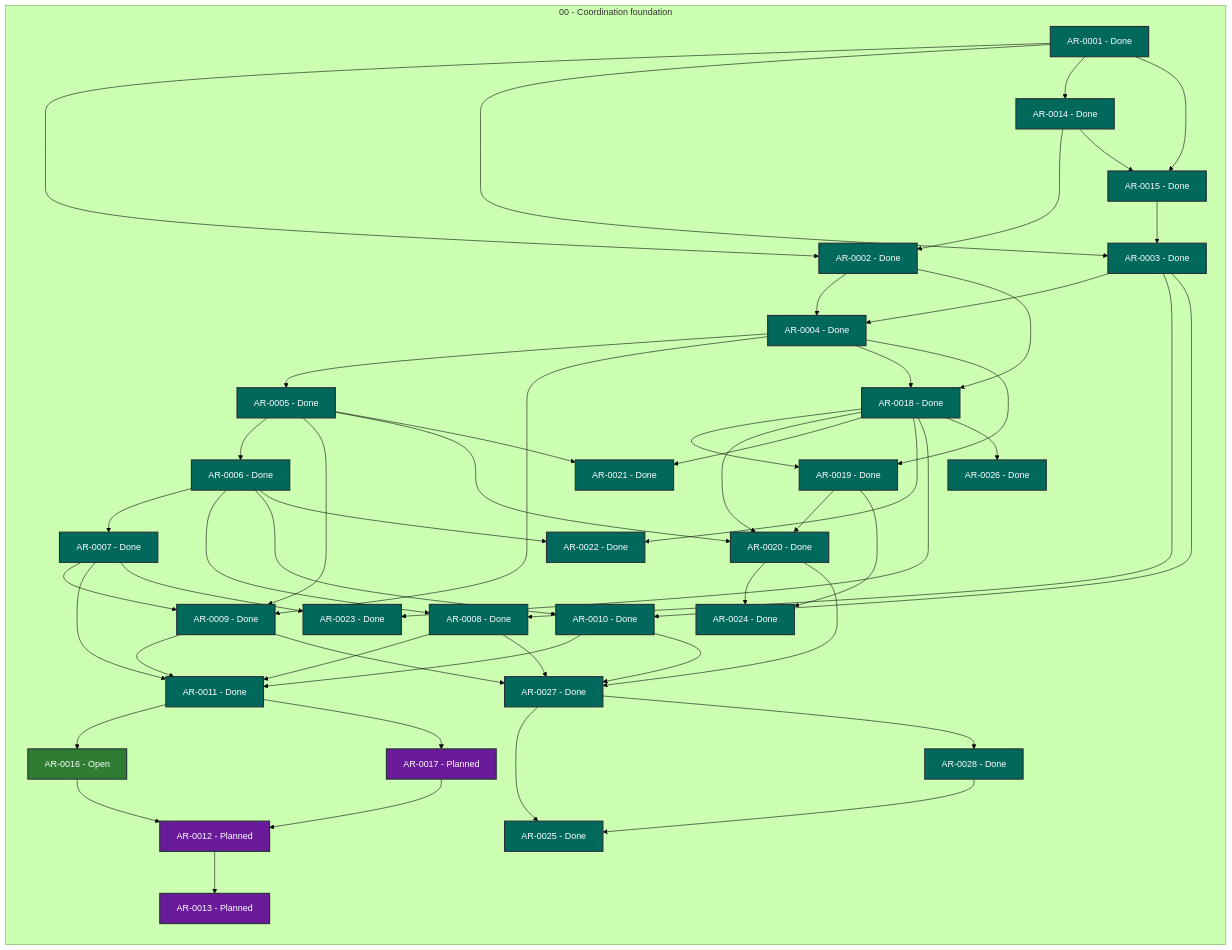
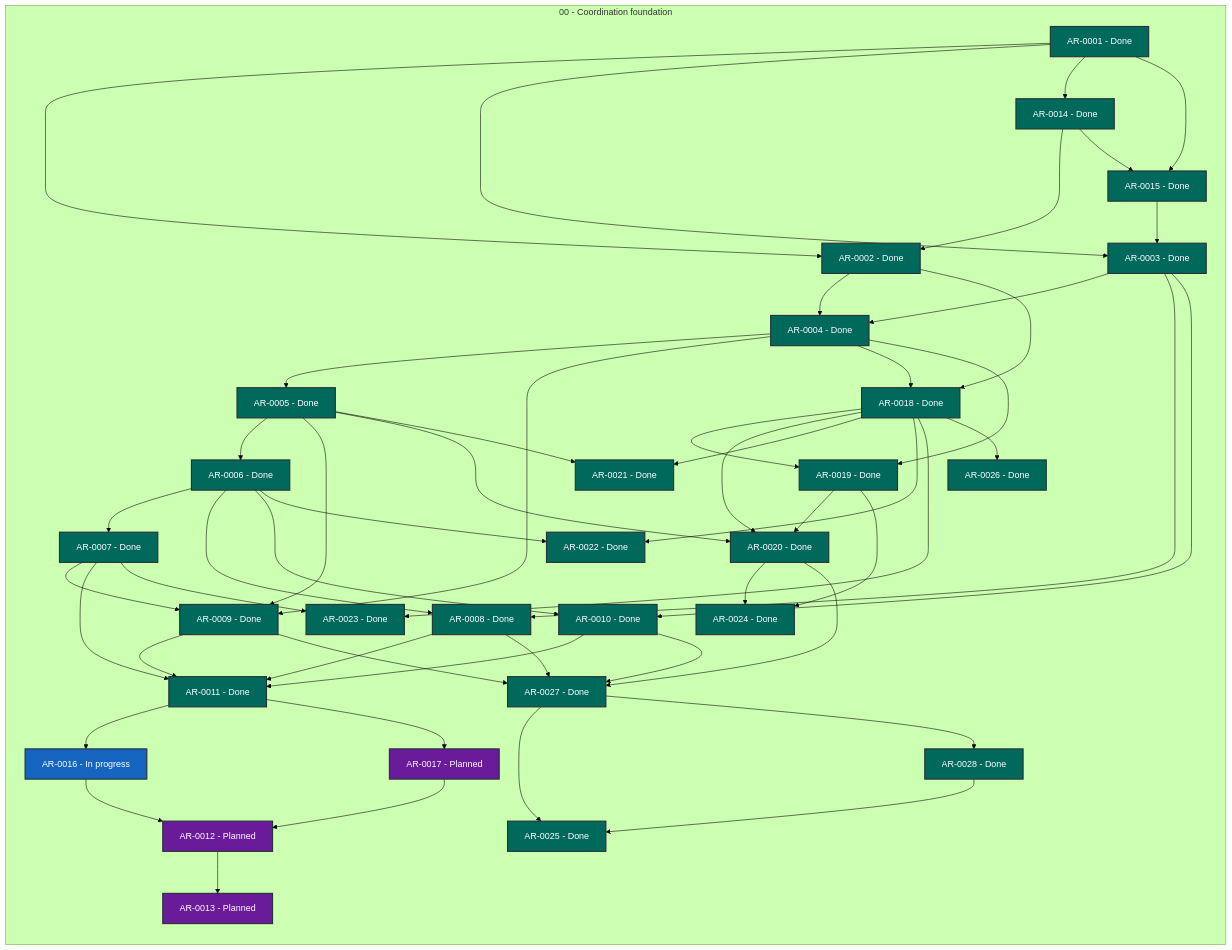
Before and after one commit to martin-beck/agent-workflow-tui-state: the diagram in STATUS.md, drawn with Mermaid (forest theme). The commit also changed other lines of this file and 2 other files, not shown here.

```diff
--- a/STATUS.md
+++ b/STATUS.md
@@ -43,7 +43,7 @@
         AR_0013["AR-0013 - Planned"]:::status_planned
         AR_0014["AR-0014 - Done"]:::status_done
         AR_0015["AR-0015 - Done"]:::status_done
-        AR_0016["AR-0016 - Open"]:::status_open
+        AR_0016["AR-0016 - In progress"]:::status_in_progress
         AR_0017["AR-0017 - Planned"]:::status_planned
         AR_0018["AR-0018 - Done"]:::status_done
         AR_0019["AR-0019 - Done"]:::status_done
```
